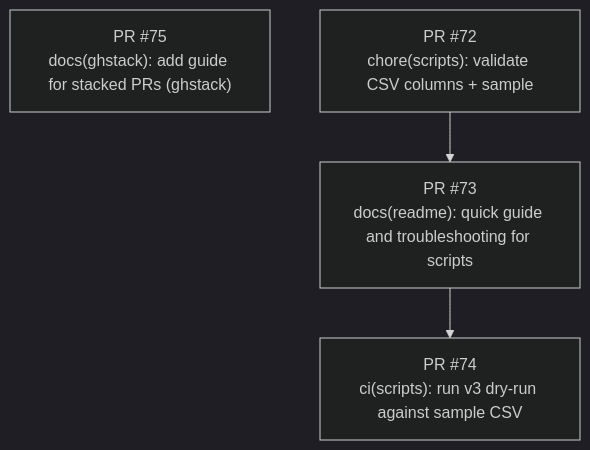
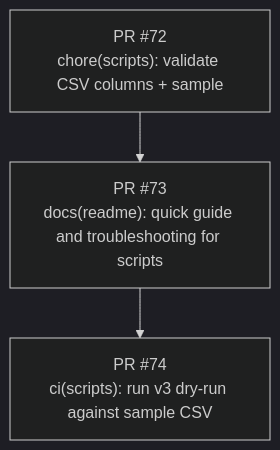
One commit to revton/car-fuel changed the diagram in docs/stack-plan/STACK-PR-PLAN.md. Above: the diagram before and after it, drawn with Mermaid (dark theme).

Commit message:
docs(stack): update Mermaid stack graph

````diff
--- a/docs/stack-plan/STACK-PR-PLAN.md
+++ b/docs/stack-plan/STACK-PR-PLAN.md
@@ -6,13 +6,11 @@
 ```mermaid
 flowchart TD
-  pr75["PR #75
-docs(ghstack): add guide for stacked PRs (ghstack)"]
   pr74["PR #74
 ci(scripts): run v3 dry-run against sample CSV"]
   pr73["PR #73
 docs(readme): quick guide and troubleshooting for scripts"]
   pr72["PR #72
 chore(scripts): validate CSV columns + sample"]
   pr73 --> pr74
   pr72 --> pr73
 ```
````
